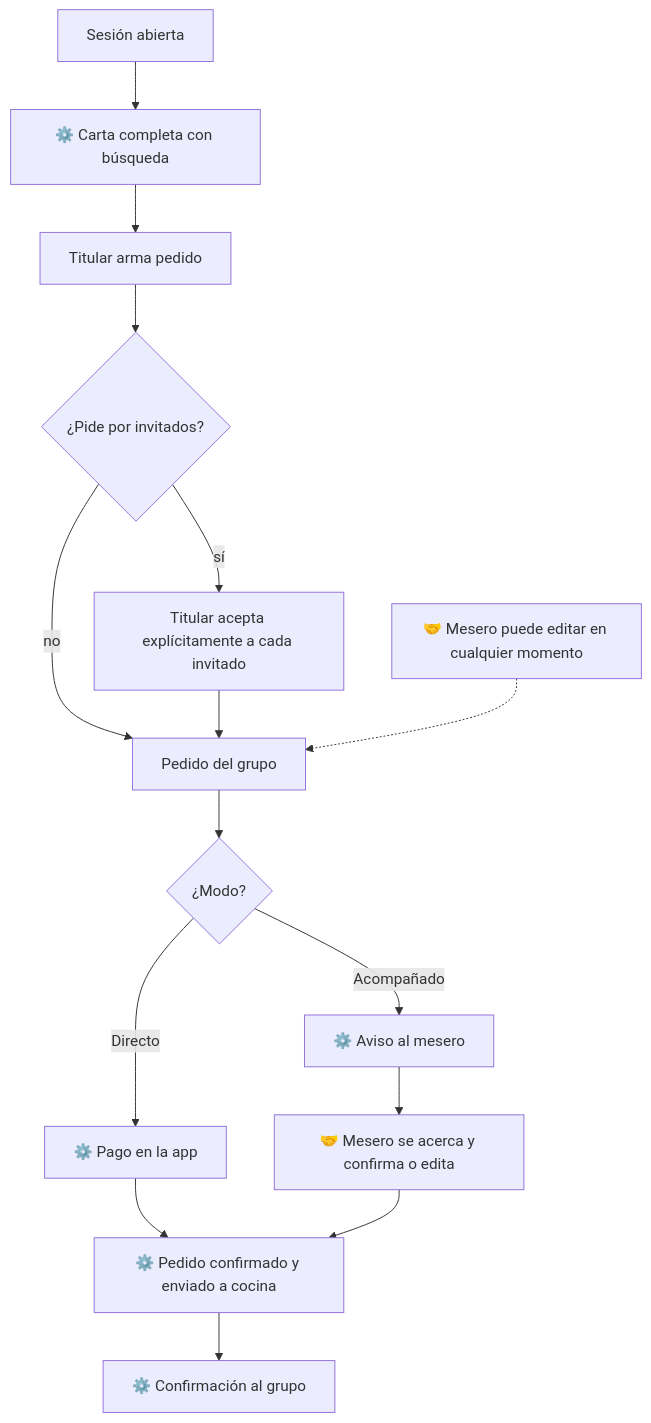
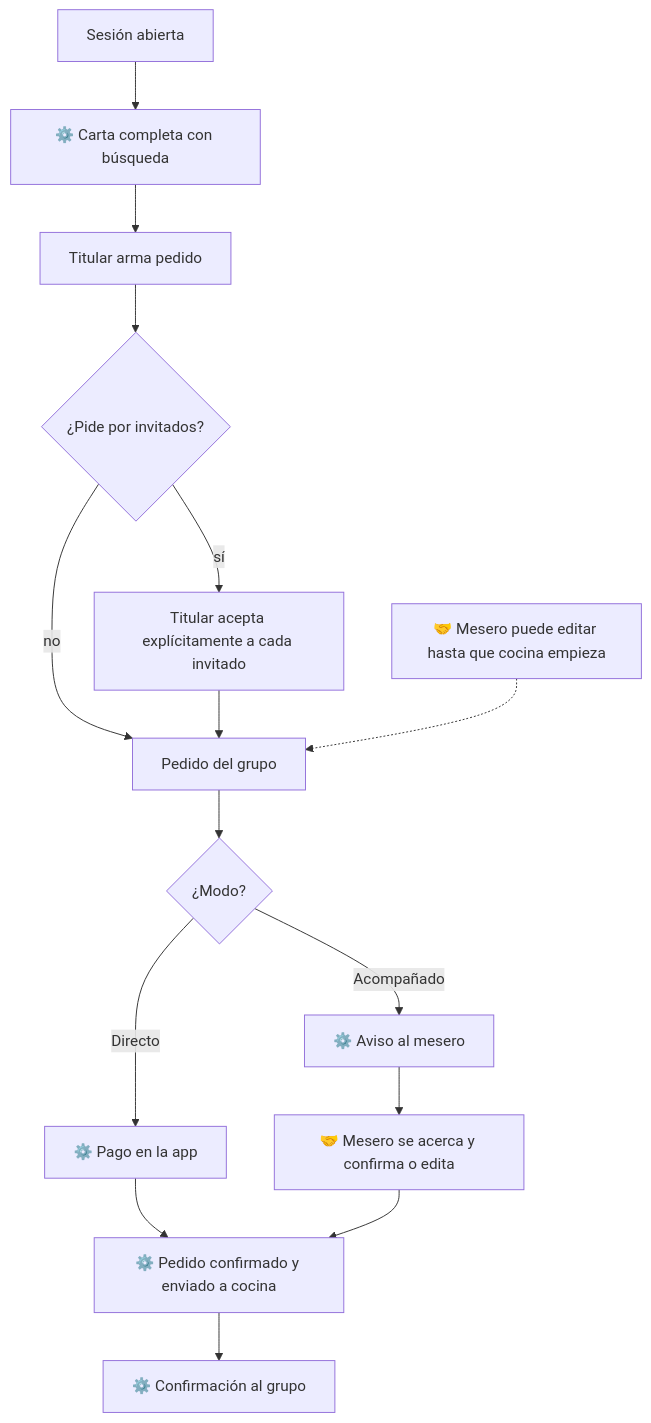
The diagram in docs/flujos/02-mesa-y-pedido.md (milkmantree/hungria), drawn with Mermaid before and after one commit. The commit also changed 12 other files, not shown here.

````diff
--- a/docs/flujos/02-mesa-y-pedido.md
+++ b/docs/flujos/02-mesa-y-pedido.md
@@ -10,17 +10,17 @@
 ```mermaid
 flowchart TD
     A[Sesión abierta] --> B[⚙️ Carta completa con búsqueda]
     B --> C[Titular arma pedido]
     C --> D{¿Pide por invitados?}
     D -- sí --> E[Titular acepta explícitamente a cada invitado]
     D -- no --> F[Pedido del grupo]
     E --> F
     F --> G{¿Modo?}
     G -- Directo --> H[⚙️ Pago en la app]
     H --> I[⚙️ Pedido confirmado y enviado a cocina]
     G -- Acompañado --> J[⚙️ Aviso al mesero]
     J --> K[🤝 Mesero se acerca y confirma o edita]
     K --> I
     I --> L[⚙️ Confirmación al grupo]
-    M[🤝 Mesero puede editar en cualquier momento] -.-> F
+    M[🤝 Mesero puede editar hasta que cocina empieza] -.-> F
 ```
````
